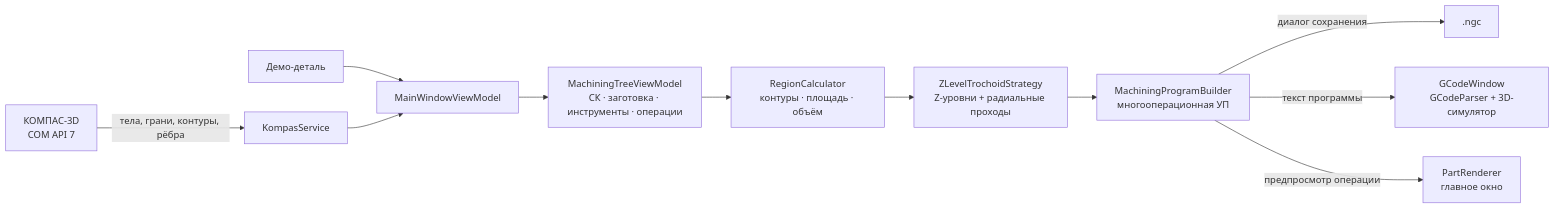
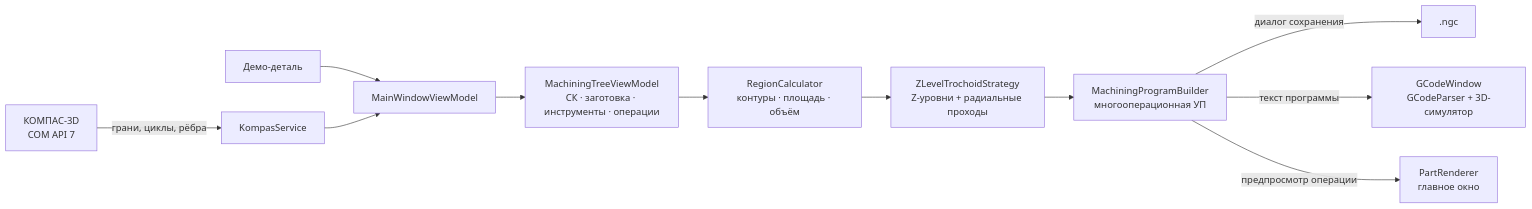
The diagram in README.md (MrLait/TrochoidCam), drawn with Mermaid before and after one commit. The commit also changed other lines of this file and 3 other files, not shown here.

First line of the commit message:
fix(kompas): читать геометрию по объектной модели API 7

````diff
--- a/README.md
+++ b/README.md
@@ -216,13 +216,13 @@
 ```mermaid
 flowchart LR
-    K["КОМПАС-3D<br/>COM API 7"] -->|"тела, грани, контуры, рёбра"| KS["KompasService"]
+    K["КОМПАС-3D<br/>COM API 7"] -->|"грани, циклы, рёбра"| KS["KompasService"]
     D["Демо-деталь"] --> VM
     KS --> VM["MainWindowViewModel"]
     VM --> TREE["MachiningTreeViewModel<br/>СК · заготовка · инструменты · операции"]
     TREE --> REG["RegionCalculator<br/>контуры · площадь · объём"]
     REG --> STRAT["ZLevelTrochoidStrategy<br/>Z-уровни + радиальные проходы"]
     STRAT --> PROG["MachiningProgramBuilder<br/>многооперационная УП"]
     PROG -->|"диалог сохранения"| F[".ngc"]
     PROG -->|"текст программы"| GW["GCodeWindow<br/>GCodeParser + 3D-симулятор"]
     PROG -->|"предпросмотр операции"| PR["PartRenderer<br/>главное окно"]
 ```
````
